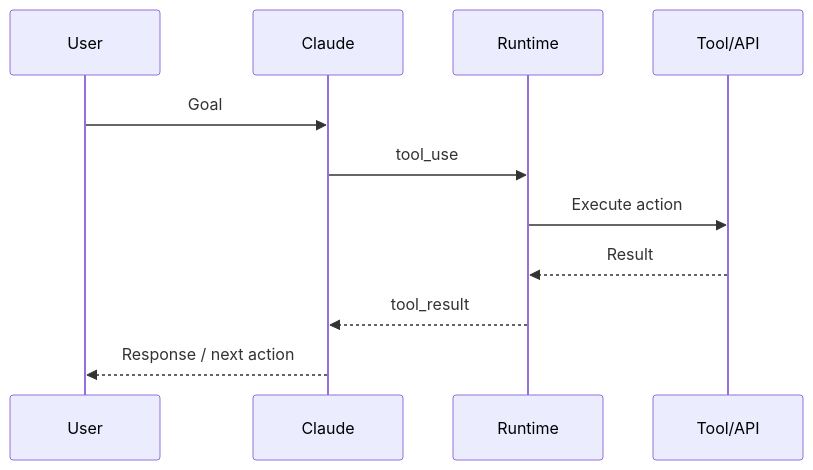
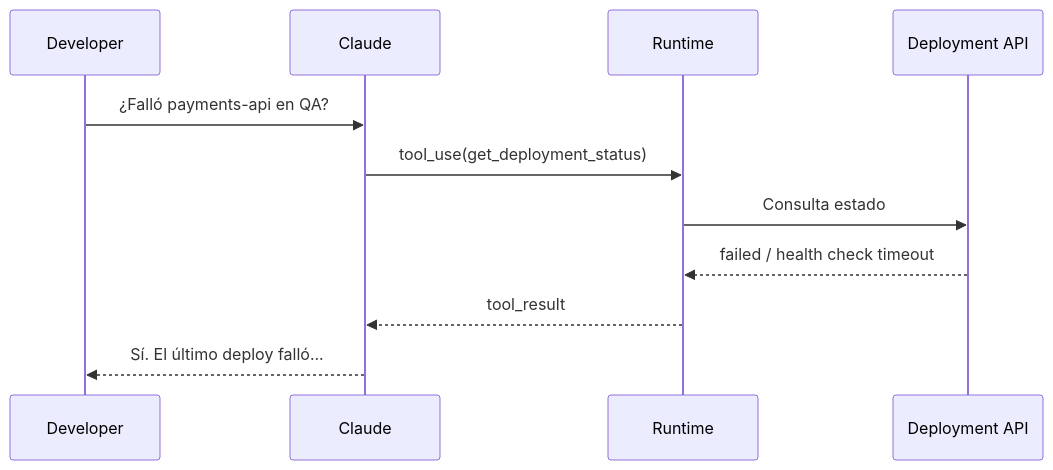
The second of 12 diagrams in 02-agentic-architecture-foundations/README.md (franciscogarcia-sys/guia-estudio-claude-ccar-f-bitlogic), drawn with Mermaid before and after one commit. The commit also changed other lines of this file, not shown here.

````diff
--- a/02-agentic-architecture-foundations/README.md
+++ b/02-agentic-architecture-foundations/README.md
@@ -156,14 +224,14 @@
 ```mermaid
 sequenceDiagram
-    participant U as User
+    participant D as Developer
     participant C as Claude
     participant R as Runtime
-    participant T as Tool/API
+    participant CI as Deployment API
 
-    U->>C: Goal
-    C->>R: tool_use
-    R->>T: Execute action
-    T-->>R: Result
+    D->>C: ¿Falló payments-api en QA?
+    C->>R: tool_use(get_deployment_status)
+    R->>CI: Consulta estado
+    CI-->>R: failed / health check timeout
     R-->>C: tool_result
-    C-->>U: Response / next action
+    C-->>D: Sí. El último deploy falló...
 ```
````
